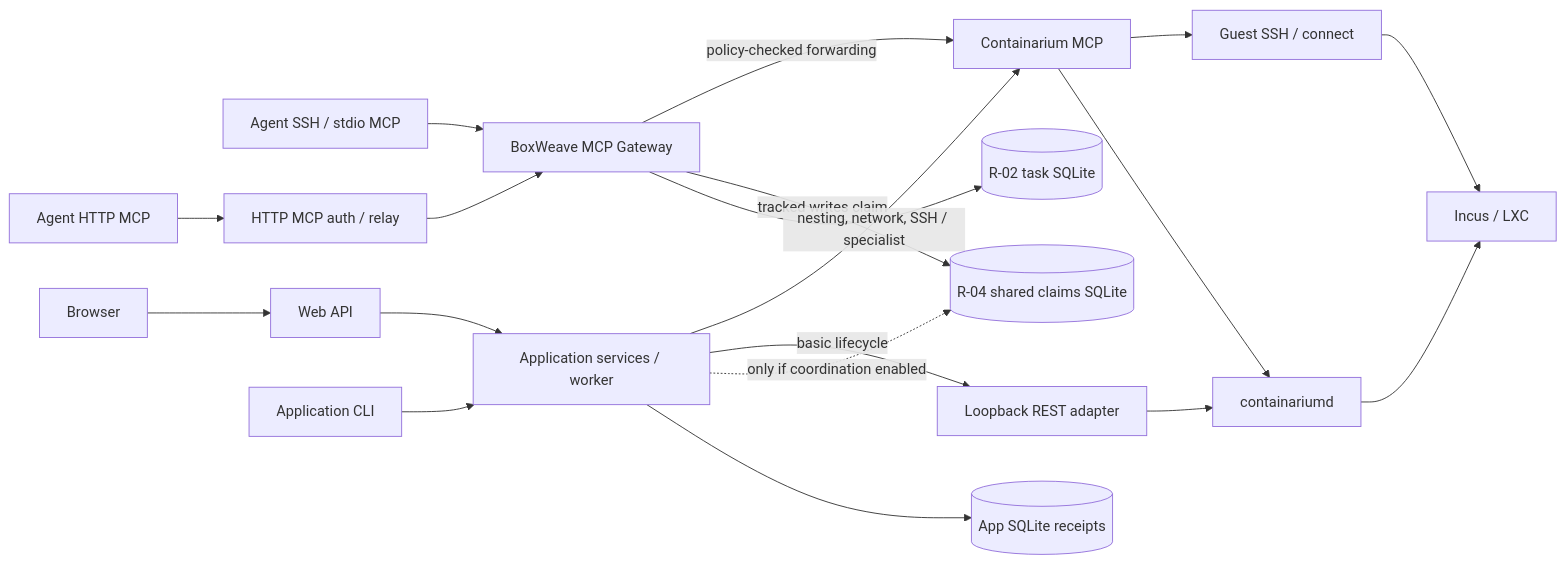
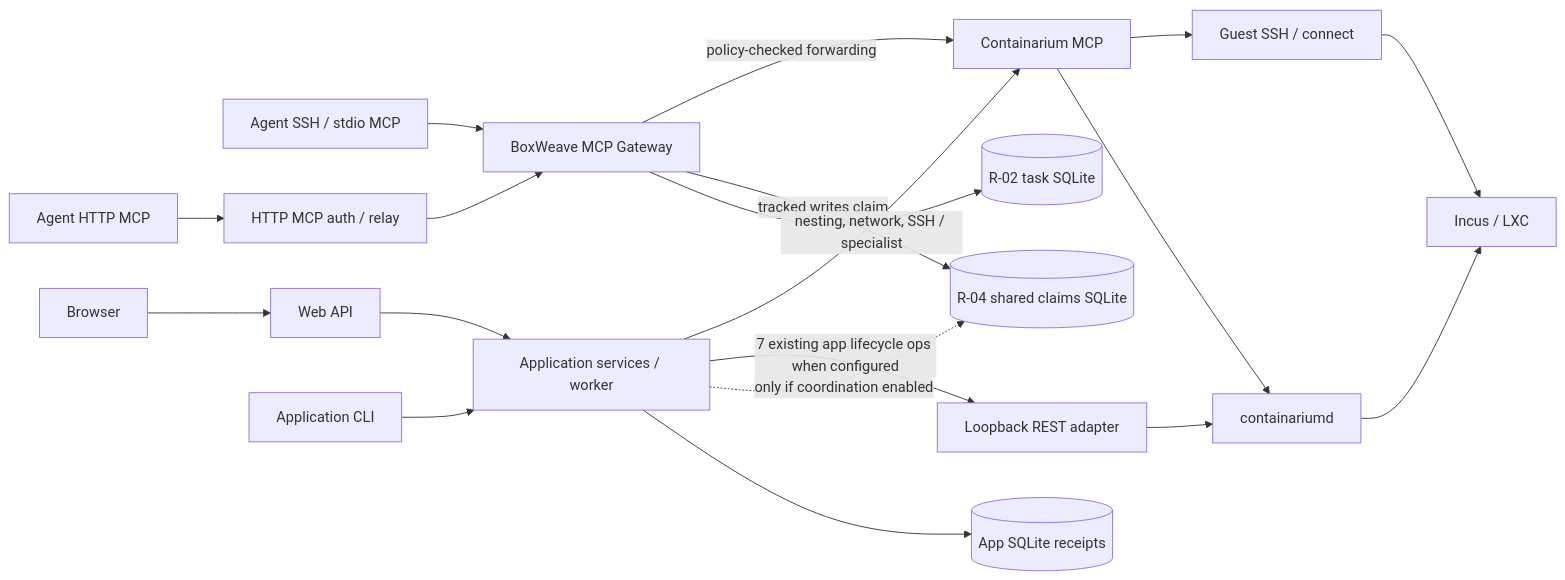
The diagram in docs/design/ARCHITECTURE.md (vanishs/boxweave), drawn with Mermaid before and after one commit. The commit also changed other lines of this file, not shown here.

Commit message:
docs: adopt MCP-first REST-assisted architecture policy

````diff
--- a/docs/design/ARCHITECTURE.md
+++ b/docs/design/ARCHITECTURE.md
@@ -7,20 +9,20 @@
 ```mermaid
 flowchart LR
   SSH["Agent SSH / stdio MCP"] --> Gate["BoxWeave MCP Gateway"]
   HTTP["Agent HTTP MCP"] --> Auth["HTTP MCP auth / relay"] --> Gate
   Browser["Browser"] --> Web["Web API"]
   CLI["Application CLI"] --> Service["Application services / worker"]
   Web --> Service
   Service --> DB[("App SQLite receipts")]
   Gate --> Task[("R-02 task SQLite")]
   Gate -->|"tracked writes claim"| Claims[("R-04 shared claims SQLite")]
   Service -.->|"only if coordination enabled"| Claims
-  Service -->|"basic lifecycle"| REST["Loopback REST adapter"]
+  Service -->|"7 existing app lifecycle ops when configured"| REST["Loopback REST adapter"]
   Service -->|"nesting, network, SSH / specialist"| MCP["Containarium MCP"]
   Gate -->|"policy-checked forwarding"| MCP
   REST --> Daemon["containariumd"]
   MCP --> Daemon
   MCP --> GuestSSH["Guest SSH / connect"]
   Daemon --> Incus["Incus / LXC"]
   GuestSSH --> Incus
 ```
````
